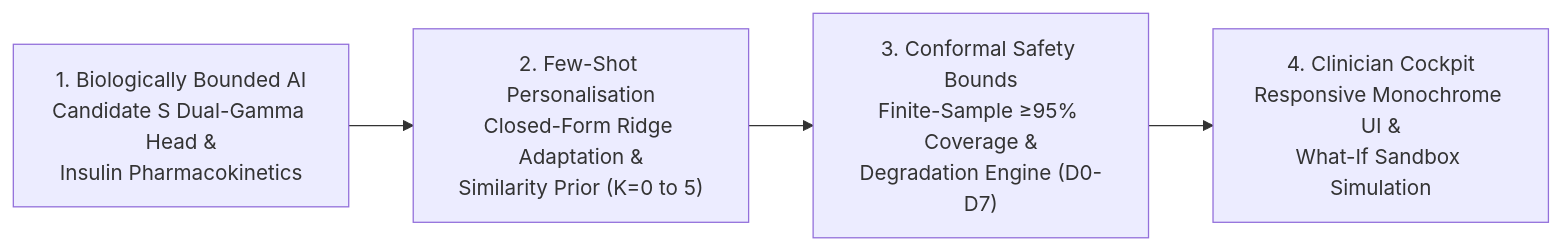
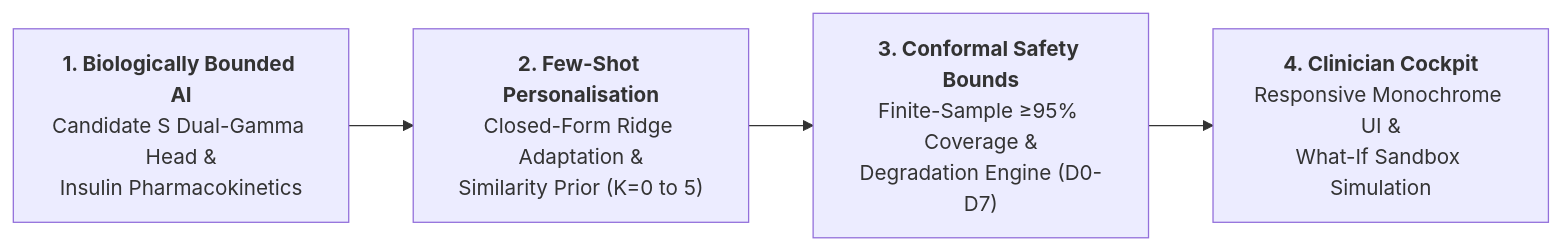
One commit to Saumojit30/Aegis changed the first of 5 diagrams in README.md. Above: the diagram before and after it, drawn with Mermaid. The commit also changed other lines of this file and 2 other files, not shown here.

````diff
--- a/README.md
+++ b/README.md
@@ -33,6 +88,6 @@
 ```mermaid
 flowchart LR
-    A["1. Biologically Bounded AI<br/>Candidate S Dual-Gamma Head &amp;<br/>Insulin Pharmacokinetics"] --> B["2. Few-Shot Personalisation<br/>Closed-Form Ridge Adaptation &amp;<br/>Similarity Prior (K=0 to 5)"]
-    B --> C["3. Conformal Safety Bounds<br/>Finite-Sample &ge;95% Coverage &amp;<br/>Degradation Engine (D0-D7)"]
-    C --> D["4. Clinician Cockpit<br/>Responsive Monochrome UI &amp;<br/>What-If Sandbox Simulation"]
+    A["<b>1. Biologically Bounded AI</b><br/>Candidate S Dual-Gamma Head &amp;<br/>Insulin Pharmacokinetics"] --> B["<b>2. Few-Shot Personalisation</b><br/>Closed-Form Ridge Adaptation &amp;<br/>Similarity Prior (K=0 to 5)"]
+    B --> C["<b>3. Conformal Safety Bounds</b><br/>Finite-Sample &ge;95% Coverage &amp;<br/>Degradation Engine (D0-D7)"]
+    C --> D["<b>4. Clinician Cockpit</b><br/>Responsive Monochrome UI &amp;<br/>What-If Sandbox Simulation"]
 ```
````
